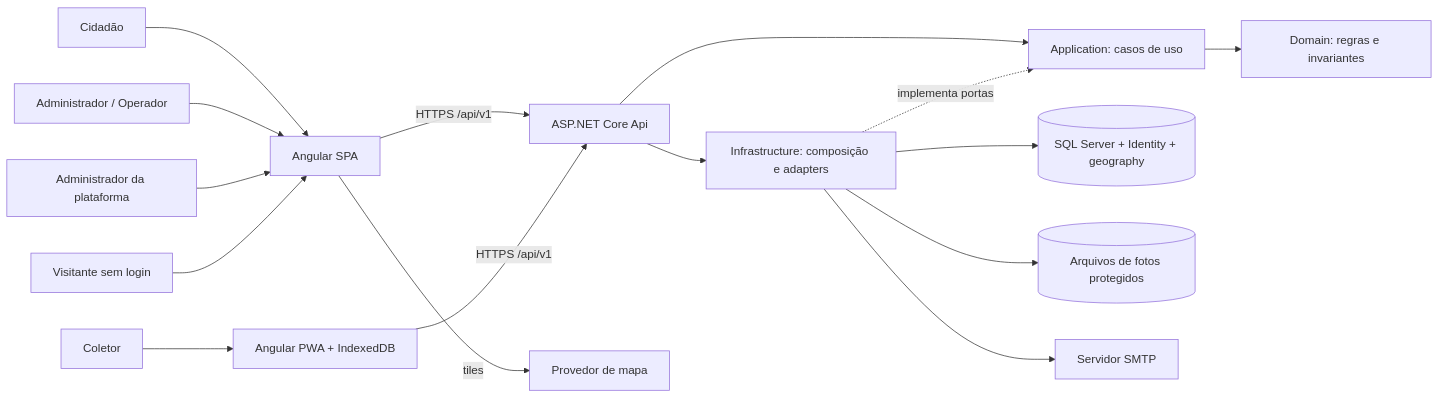
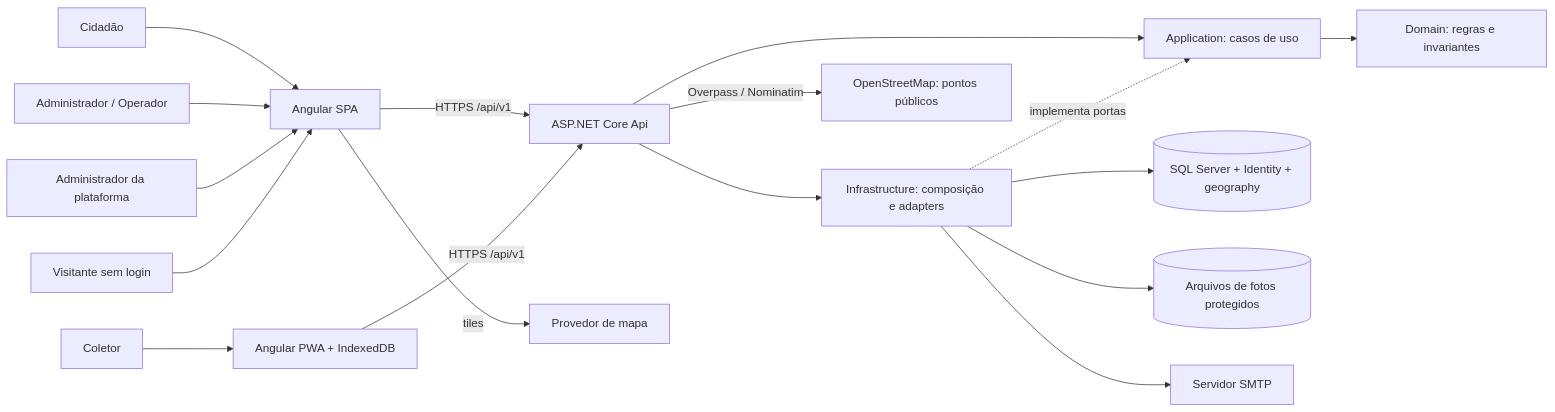
One commit to ThiaggoSylva/coleta-seletiva-2026 changed the first of 6 diagrams in docs/tdd.md. Above: the diagram before and after it, drawn with Mermaid. The commit also changed other lines of this file, not shown here.

First line of the commit message:
docs(tdd): decidir leitura de pontos do OpenStreetMap

````diff
--- a/docs/tdd.md
+++ b/docs/tdd.md
@@ -141,18 +155,19 @@
 ```mermaid
 flowchart LR
     C[Cidadão] --> W[Angular SPA]
     O[Administrador / Operador] --> W
     K[Coletor] --> PWA[Angular PWA + IndexedDB]
     A[Administrador da plataforma] --> W
     P[Visitante sem login] --> W
     W -->|HTTPS /api/v1| API[ASP.NET Core Api]
     PWA -->|HTTPS /api/v1| API
     API --> APP[Application: casos de uso]
     APP --> D[Domain: regras e invariantes]
     API --> I[Infrastructure: composição e adapters]
     I -. implementa portas .-> APP
     I --> SQL[(SQL Server + Identity + geography)]
     I --> FS[(Arquivos de fotos protegidos)]
     I --> SMTP[Servidor SMTP]
     W -->|tiles| MAP[Provedor de mapa]
+    API -->|Overpass / Nominatim| OSM[OpenStreetMap: pontos públicos]
 ```
````
